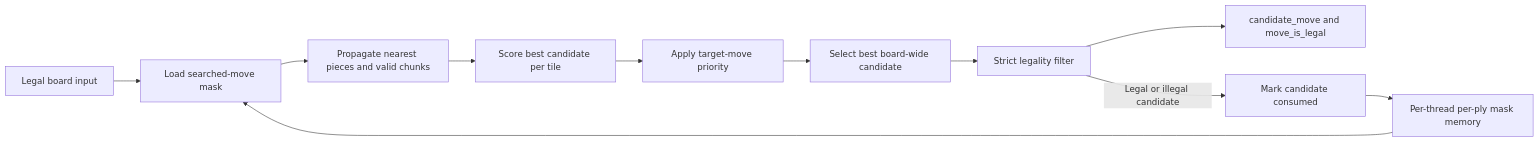
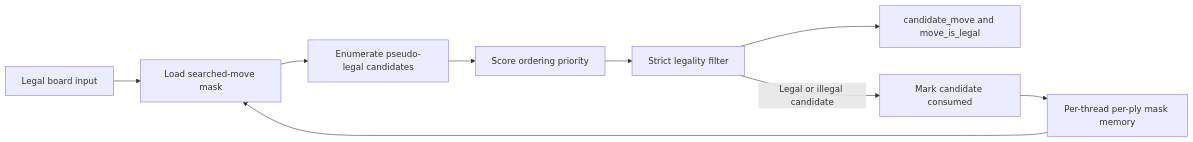
One commit to 3met/FPGA-Chess changed the diagram in docs/modules/move-generator.md. Above: the diagram before and after it, drawn with Mermaid. The commit also changed other lines of this file and 1 other file, not shown here.

Commit message:
Remove stale move-generator state

````diff
--- a/docs/modules/move-generator.md
+++ b/docs/modules/move-generator.md
@@ -42,18 +42,16 @@
 ```mermaid
 flowchart LR
     Input["Legal board input"]
     MaskLoad["Load searched-move mask"]
-    Propagate["Propagate nearest pieces and valid chunks"]
-    TileScore["Score best candidate per tile"]
-    TargetBoost["Apply target-move priority"]
-    BoardSelect["Select best board-wide candidate"]
+    Enumerate["Enumerate pseudo-legal candidates"]
+    Score["Score ordering priority"]
     LegalCheck["Strict legality filter"]
     Output["candidate_move and move_is_legal"]
     MaskSave["Mark candidate consumed"]
     MaskMemory["Per-thread per-ply mask memory"]
 
-    Input --> MaskLoad --> Propagate --> TileScore --> TargetBoost --> BoardSelect --> LegalCheck --> Output
+    Input --> MaskLoad --> Enumerate --> Score --> LegalCheck --> Output
     MaskMemory --> MaskLoad
     LegalCheck -->|"Legal or illegal candidate"| MaskSave
     MaskSave --> MaskMemory
 ```
````
